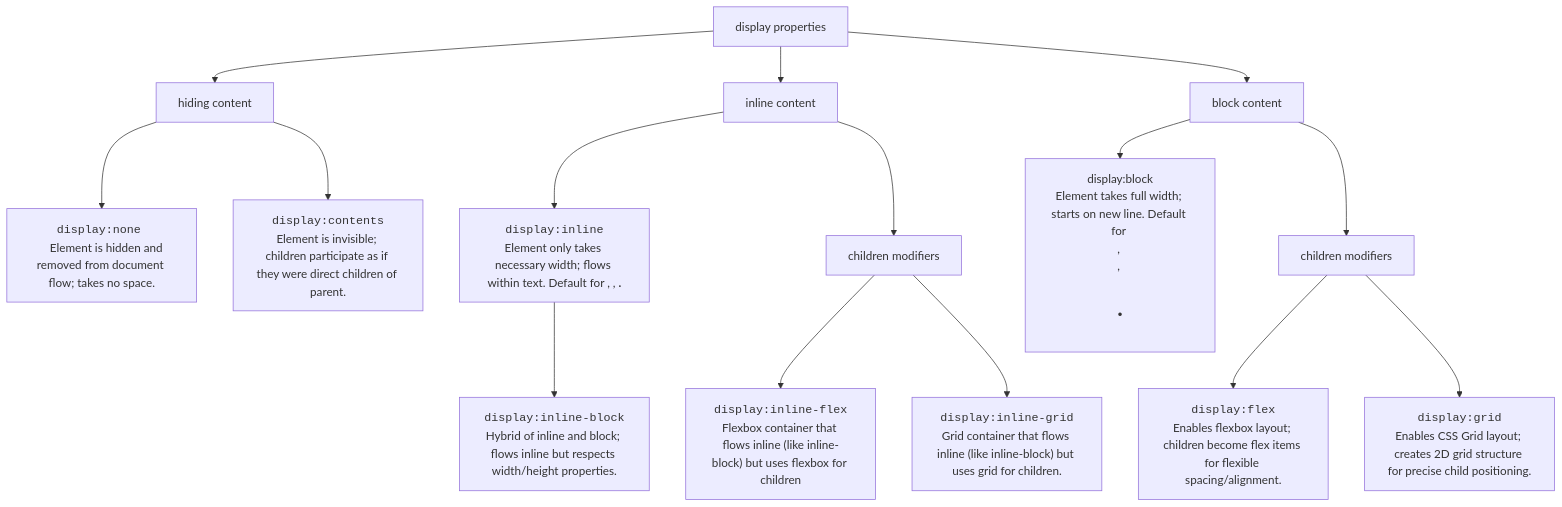
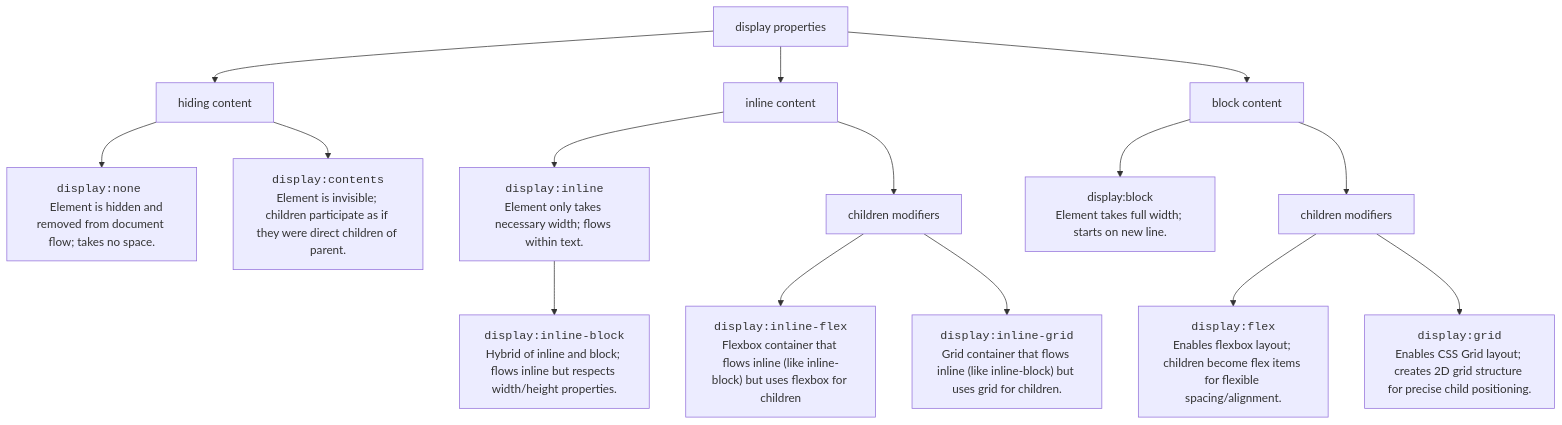
Before and after one commit to MaxwellCohen/cheat-sheets: the diagram in css/dispay.md, drawn with Mermaid.

Commit message:
clean up display

````diff
--- a/css/dispay.md
+++ b/css/dispay.md
@@ -3,47 +3,47 @@
 ```mermaid
 graph TB;
 
     A0["` display properties`"]
 
     A["` hiding content`"]
     B["` inline content`"]
     C["` block content`"]
 
     A0 --> A
     A0 --> B
     A0 --> C
 
 
     A --> A1["` <code>display:none</code>  
     Element is hidden and removed from document flow; takes no space.`"]
     A --> A2["` <code>display:contents</code>
     Element is invisible; children participate as if they were direct children of parent.
     `"]
 
     B --> B1["` <code>display:inline</code>
-    Element only takes necessary width; flows within text. Default for <span>, <a>, <strong>.
+    Element only takes necessary width; flows within text. 
     `"]
     B1 --> B11["` <code>display:inline-block</code>
     Hybrid of inline and block; flows inline but respects width/height properties.`"]
     B --> B2["` children modifiers`"]
     B2 --> B21["` <code>display:inline-flex</code>
     Flexbox container that flows inline (like inline-block) but uses flexbox for children
     `"]
     B2 --> B22["` <code>display:inline-grid</code>
     Grid container that flows inline (like inline-block) but uses grid for children.
     `"]
 
     C --> C1["` display:block
-    Element takes full width; starts on new line. Default for <div>, <p>, <h1>.
+    Element takes full width; starts on new line.
     `"]
     C --> C2["` children modifiers`"]
     C2 --> C21["` <code>display:flex</code>
     Enables flexbox layout; children become flex items for flexible spacing/alignment.
     `"]
     C2 --> C22["` <code>display:grid</code>
     Enables CSS Grid layout; creates 2D grid structure for precise child positioning.
     `"]
 
 
 
 ```
````
